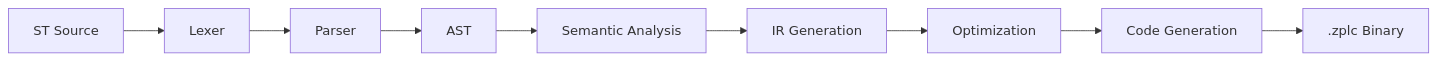
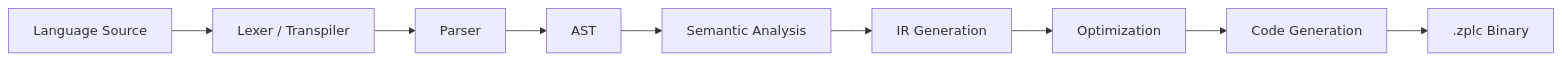
One commit to eduardojvieira/ZPLC changed the diagram in docs/docs/ide/compiler.md. Above: the diagram before and after it, drawn with Mermaid. The commit also changed other lines of this file and 172 other files, not shown here.

````diff
--- a/docs/docs/ide/compiler.md
+++ b/docs/docs/ide/compiler.md
@@ -7,11 +8,11 @@
 ```mermaid
 graph LR
-    A[ST Source] --> B[Lexer]
+    A[Language Source] --> B[Lexer / Transpiler]
     B --> C[Parser]
     C --> D[AST]
     D --> E[Semantic Analysis]
     E --> F[IR Generation]
     F --> G[Optimization]
     G --> H[Code Generation]
     H --> I[.zplc Binary]
 ```
````
